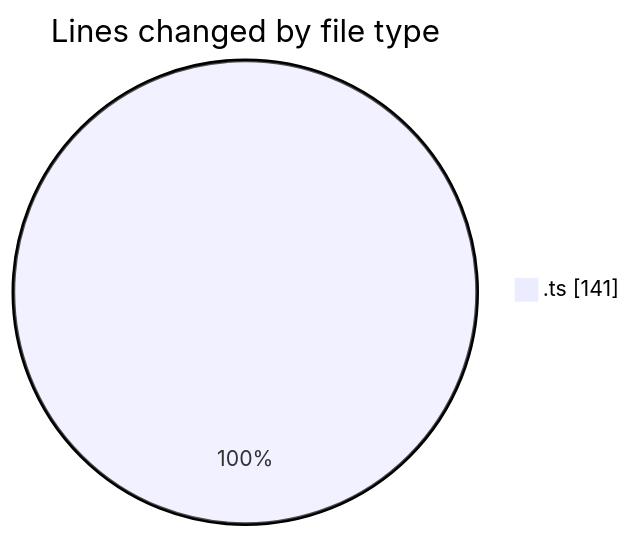
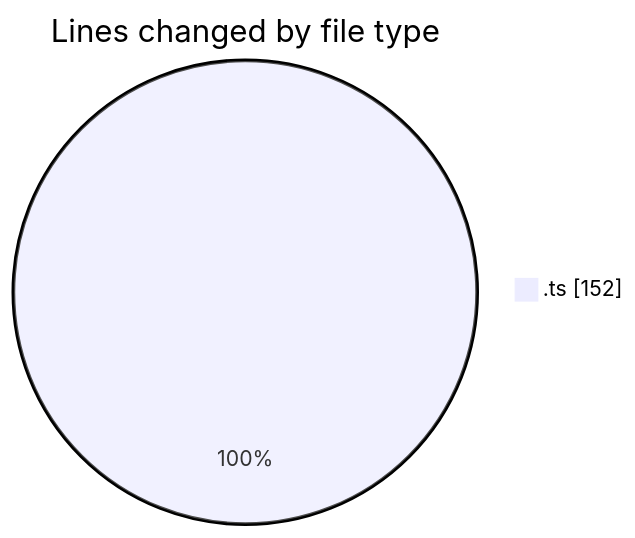
The first of 2 diagrams in 2025-06-24/cda/README.md (momahboobian/code-tracking), drawn with Mermaid before and after one commit. The commit also changed other lines of this file and 1 other file, not shown here.

````diff
--- a/2025-06-24/cda/README.md
+++ b/2025-06-24/cda/README.md
@@ -20,5 +20,5 @@
 ```mermaid
 pie showData
 title Lines changed by file type
-".ts" : 141
+".ts" : 152
 ```
````
